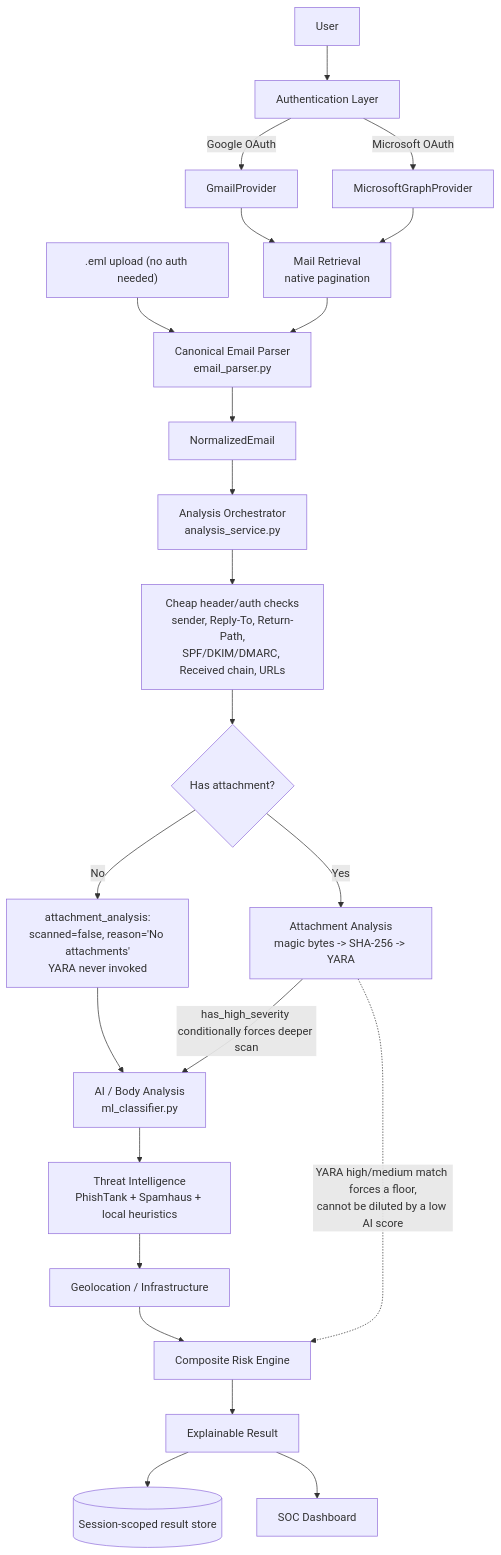
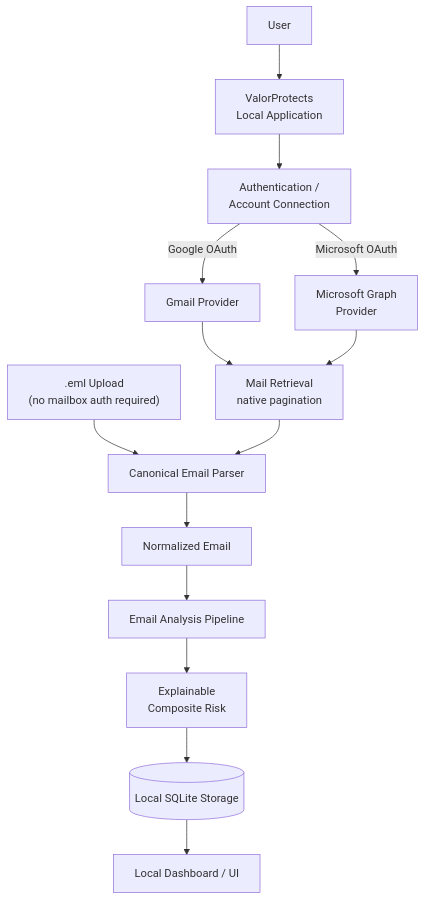
The first of 13 diagrams in ARCHITECTURE.md (kushag4a/Email_Threat_Detection_M), drawn with Mermaid before and after one commit. The commit also changed other lines of this file and 25 other files, not shown here.

````diff
--- a/ARCHITECTURE.md
+++ b/ARCHITECTURE.md
@@ -5,31 +29,19 @@
 ```mermaid
 flowchart TD
-    U[User] --> AUTH[Authentication Layer]
-    AUTH -->|Google OAuth| GP[GmailProvider]
-    AUTH -->|Microsoft OAuth| MP[MicrosoftGraphProvider]
-    UPLOAD[".eml upload (no auth needed)"] --> PARSE
+    U[User] --> APP[ValorProtects<br/>Local Application]
+    APP --> AUTH[Authentication /<br/>Account Connection]
 
-    GP --> RETR[Mail Retrieval\nnative pagination]
+    AUTH -->|Google OAuth| GP[Gmail Provider]
+    AUTH -->|Microsoft OAuth| MP[Microsoft Graph<br/>Provider]
+    UP[".eml Upload<br/>(no mailbox auth required)"] --> PARSE
+
+    GP --> RETR[Mail Retrieval<br/>native pagination]
     MP --> RETR
-    RETR --> PARSE[Canonical Email Parser\nemail_parser.py]
-    PARSE --> NORM[NormalizedEmail]
+    RETR --> PARSE[Canonical Email Parser]
 
-    NORM --> ORCH[Analysis Orchestrator\nanalysis_service.py]
-    ORCH --> CHEAP[Cheap header/auth checks\nsender, Reply-To, Return-Path,\nSPF/DKIM/DMARC, Received chain, URLs]
-
-    CHEAP --> HASATT{Has attachment?}
-    HASATT -->|No| SKIP[attachment_analysis:\nscanned=false, reason='No attachments'\nYARA never invoked]
-    HASATT -->|Yes| ATT[Attachment Analysis\nmagic bytes -> SHA-256 -> YARA]
-
-    SKIP --> AI
-    ATT -->|has_high_severity conditionally forces deeper scan| AI[AI / Body Analysis\nml_classifier.py]
-
-    AI --> TI[Threat Intelligence\nPhishTank + Spamhaus + local heuristics]
-    TI --> GEO[Geolocation / Infrastructure]
-    GEO --> RISK[Composite Risk Engine]
-    ATT -.->|YARA high/medium match forces a floor,\ncannot be diluted by a low AI score| RISK
-
-    RISK --> RESULT[Explainable Result]
-    RESULT --> STORE[(Session-scoped result store)]
-    RESULT --> UI[SOC Dashboard]
+    PARSE --> NORM[Normalized Email]
+    NORM --> PIPE[Email Analysis Pipeline]
+    PIPE --> RISK[Explainable<br/>Composite Risk]
+    RISK --> STORE[(Local SQLite Storage)]
+    STORE --> UI[Local Dashboard / UI]
 ```
````
